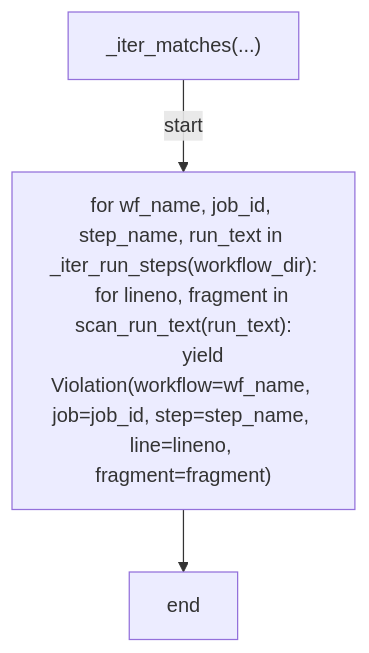
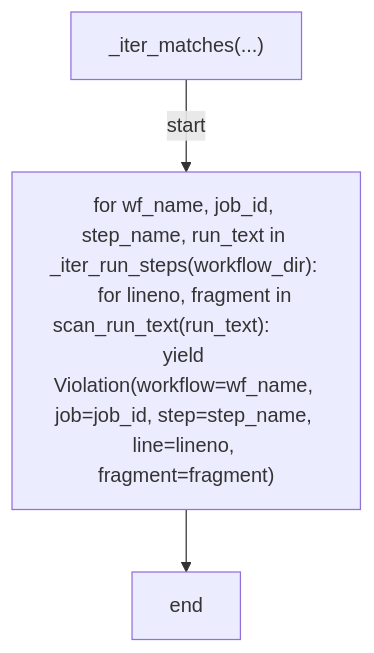
One commit to tvna/claude-md changed the fourth of 6 diagrams in docs/generated/scripts/ast/scan_workflow_injection.md. Above: the diagram before and after it, drawn with Mermaid. The commit also changed other lines of this file and 23 other files, not shown here.

First line of the commit message:
docs(generated): regenerate decision tree and workflow diagrams (batch 4/5)

````diff
--- a/docs/generated/scripts/ast/scan_workflow_injection.md
+++ b/docs/generated/scripts/ast/scan_workflow_injection.md
@@ -74,10 +48,8 @@
 ```mermaid
 flowchart TD
     N001["_iter_matches(...)"]
-    N002["for wf_name, job_id, step_name, run_text in _iter_run_steps(workflow_dir):
-    for lineno, fragment in scan_run_text(run_text):
-        yield Violation(workflow=wf_name, job=job_id, step=step_name, line=lineno, fragment=fragment)"]
+    N002["for wf_name, job_id, step_name, run_text in _iter_run_steps(workflow_dir):     for lineno, fragment in scan_run_text(run_text):         yield Violation(workflow=wf_name, job=job_id, step=step_name, line=lineno, fragment=fragment)"]
     N003["end"]
     N001 -->|"start"| N002
     N002 --> N003
 ```
````
